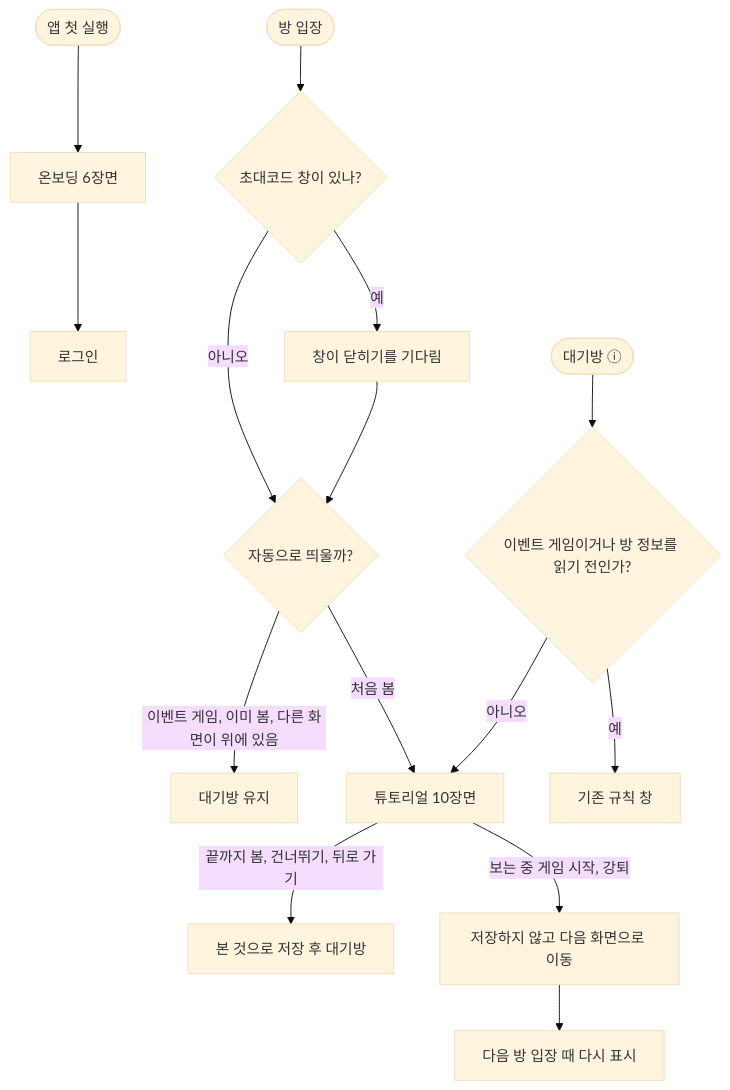
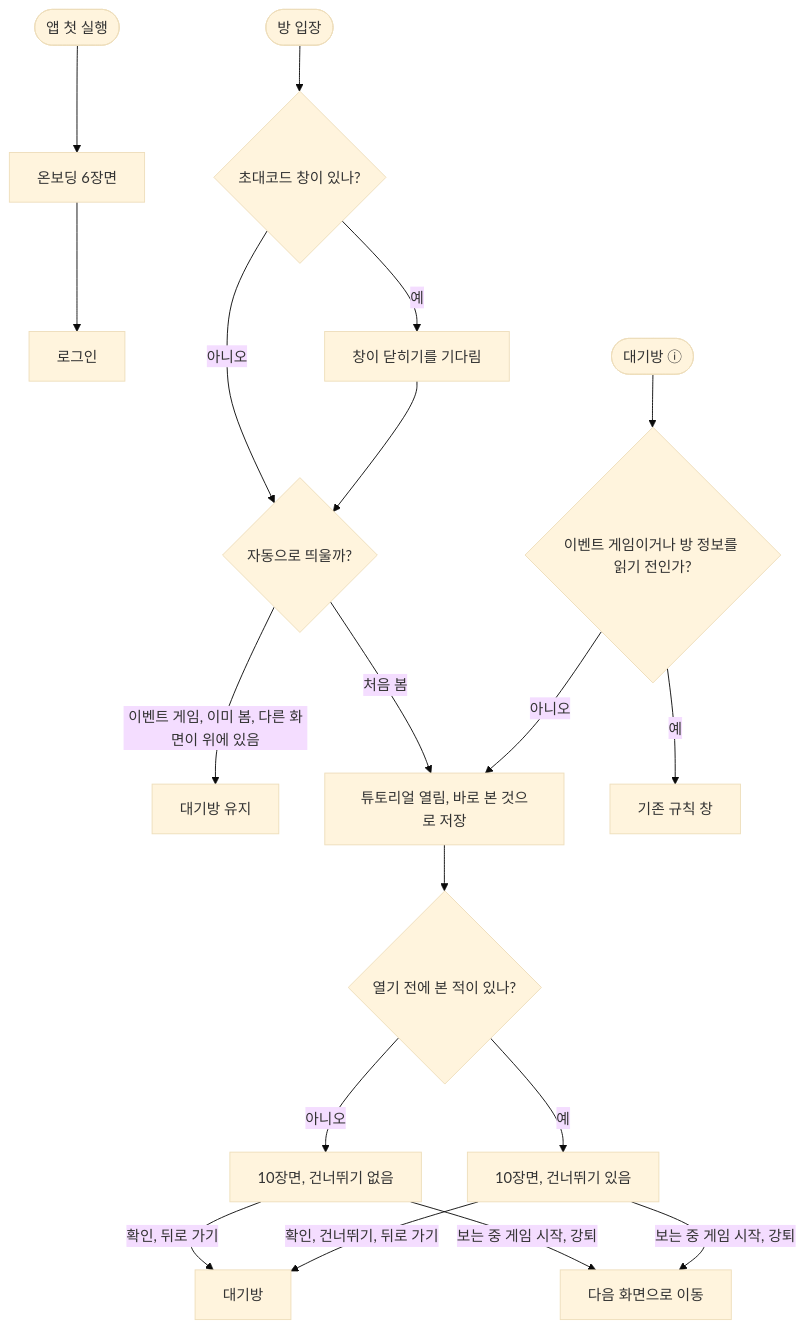
One commit to cops-and-robbers/cops-and-robbers-FE changed the diagram in docs/projectops/report/20261105_663_모드별_튜토리얼_생성.md. Above: the diagram before and after it, drawn with Mermaid (base theme). The commit also changed other lines of this file and 1 other file, not shown here.

Commit message:
docs: 리포트와 이슈 문서 갱신 #663

````diff
--- a/docs/projectops/report/20261105_663_모드별_튜토리얼_생성.md
+++ b/docs/projectops/report/20261105_663_모드별_튜토리얼_생성.md
@@ -10,17 +10,21 @@
 ```mermaid
 flowchart TD
     A(["앱 첫 실행"]) --> B["온보딩 6장면"]
     B --> C["로그인"]
     D(["방 입장"]) --> E{"초대코드 창이 있나?"}
     E -->|예| F["창이 닫히기를 기다림"]
     E -->|아니오| G{"자동으로 띄울까?"}
     F --> G
     G -->|이벤트 게임, 이미 봄, 다른 화면이 위에 있음| H["대기방 유지"]
-    G -->|처음 봄| I["튜토리얼 10장면"]
+    G -->|처음 봄| I["튜토리얼 열림, 바로 본 것으로 저장"]
     J(["대기방 ⓘ"]) --> K{"이벤트 게임이거나 방 정보를 읽기 전인가?"}
     K -->|예| L["기존 규칙 창"]
     K -->|아니오| I
-    I -->|끝까지 봄, 건너뛰기, 뒤로 가기| M["본 것으로 저장 후 대기방"]
-    I -->|보는 중 게임 시작, 강퇴| N["저장하지 않고 다음 화면으로 이동"]
-    N --> O["다음 방 입장 때 다시 표시"]
+    I --> P{"열기 전에 본 적이 있나?"}
+    P -->|아니오| Q["10장면, 건너뛰기 없음"]
+    P -->|예| R["10장면, 건너뛰기 있음"]
+    Q -->|확인, 뒤로 가기| M["대기방"]
+    R -->|확인, 건너뛰기, 뒤로 가기| M
+    Q -->|보는 중 게임 시작, 강퇴| N["다음 화면으로 이동"]
+    R -->|보는 중 게임 시작, 강퇴| N
 ```
````
